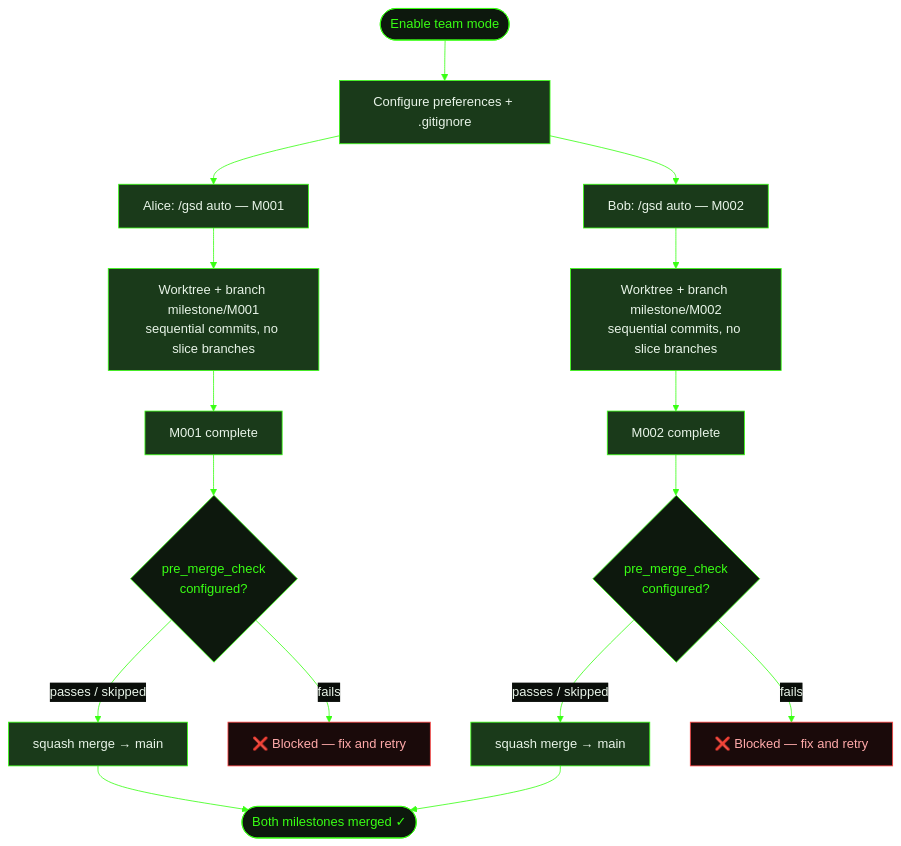
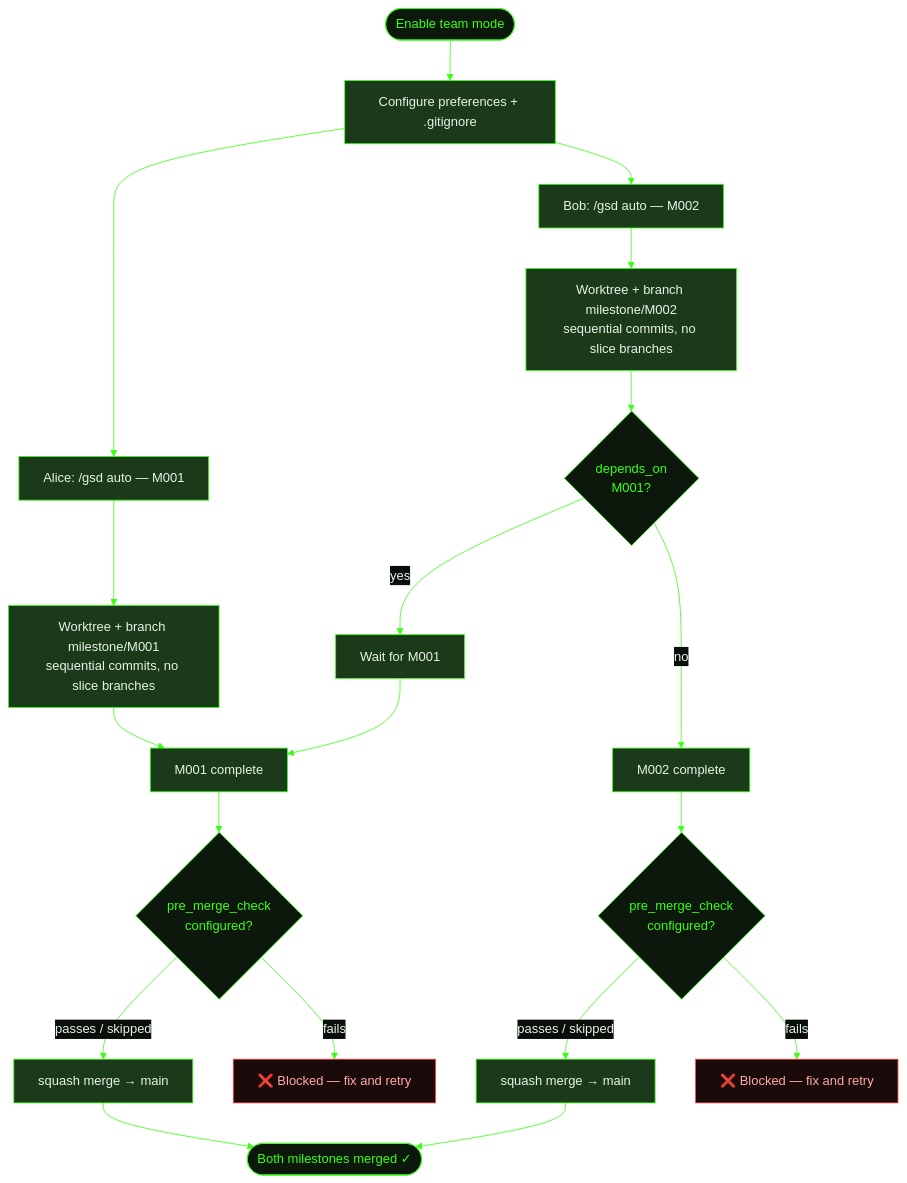
Before and after one commit to shusha-group/gsd2-guide: the diagram in src/content/docs/recipes/working-in-teams.mdx, drawn with Mermaid. The commit also changed other lines of this file and 79 other files, not shown here.

````diff
--- a/src/content/docs/recipes/working-in-teams.mdx
+++ b/src/content/docs/recipes/working-in-teams.mdx
@@ -256,35 +295,40 @@
 ```mermaid
 %%{init: {'theme': 'base', 'themeVariables': {'primaryColor': '#1a3a1a', 'primaryTextColor': '#e8f4e8', 'primaryBorderColor': '#39ff14', 'lineColor': '#39ff14', 'secondaryColor': '#0d180d', 'tertiaryColor': '#0d180d', 'background': '#0a0e0a', 'mainBkg': '#1a3a1a', 'nodeBorder': '#39ff14', 'clusterBkg': '#0d180d', 'titleColor': '#39ff14', 'edgeLabelBackground': '#0a0e0a'}}}%%
 flowchart TD
     Start([Enable team mode]) --> Setup["Configure preferences + .gitignore"]
     Setup --> DevA["Alice: /gsd auto — M001"]
     Setup --> DevB["Bob: /gsd auto — M002"]
     DevA --> WorkA["Worktree + branch milestone/M001\nsequential commits, no slice branches"]
     DevB --> WorkB["Worktree + branch milestone/M002\nsequential commits, no slice branches"]
     WorkA --> CompleteA[M001 complete]
-    WorkB --> CompleteB[M002 complete]
+    WorkB --> DepCheck{depends_on\nM001?}
+    DepCheck -->|yes| WaitA[Wait for M001]
+    WaitA --> CompleteA
+    DepCheck -->|no| CompleteB[M002 complete]
     CompleteA --> CheckA{pre_merge_check\nconfigured?}
     CompleteB --> CheckB{pre_merge_check\nconfigured?}
     CheckA -->|passes / skipped| MergeA["squash merge → main"]
     CheckA -->|fails| BlockA["❌ Blocked — fix and retry"]
     CheckB -->|passes / skipped| MergeB["squash merge → main"]
     CheckB -->|fails| BlockB["❌ Blocked — fix and retry"]
     MergeA --> Done([Both milestones merged ✓])
     MergeB --> Done
 
     style Start fill:#0d180d,stroke:#39ff14,color:#39ff14
     style Setup fill:#1a3a1a,stroke:#39ff14,color:#e8f4e8
     style DevA fill:#1a3a1a,stroke:#39ff14,color:#e8f4e8
     style DevB fill:#1a3a1a,stroke:#39ff14,color:#e8f4e8
     style WorkA fill:#1a3a1a,stroke:#39ff14,color:#e8f4e8
     style WorkB fill:#1a3a1a,stroke:#39ff14,color:#e8f4e8
     style CompleteA fill:#1a3a1a,stroke:#39ff14,color:#e8f4e8
     style CompleteB fill:#1a3a1a,stroke:#39ff14,color:#e8f4e8
+    style DepCheck fill:#0d180d,stroke:#39ff14,color:#39ff14
+    style WaitA fill:#1a3a1a,stroke:#39ff14,color:#e8f4e8
     style CheckA fill:#0d180d,stroke:#39ff14,color:#39ff14
     style CheckB fill:#0d180d,stroke:#39ff14,color:#39ff14
     style MergeA fill:#1a3a1a,stroke:#39ff14,color:#e8f4e8
     style MergeB fill:#1a3a1a,stroke:#39ff14,color:#e8f4e8
     style BlockA fill:#1a0a0a,stroke:#ff4444,color:#ffaaaa
     style BlockB fill:#1a0a0a,stroke:#ff4444,color:#ffaaaa
     style Done fill:#0d180d,stroke:#39ff14,color:#39ff14
 ```
````
